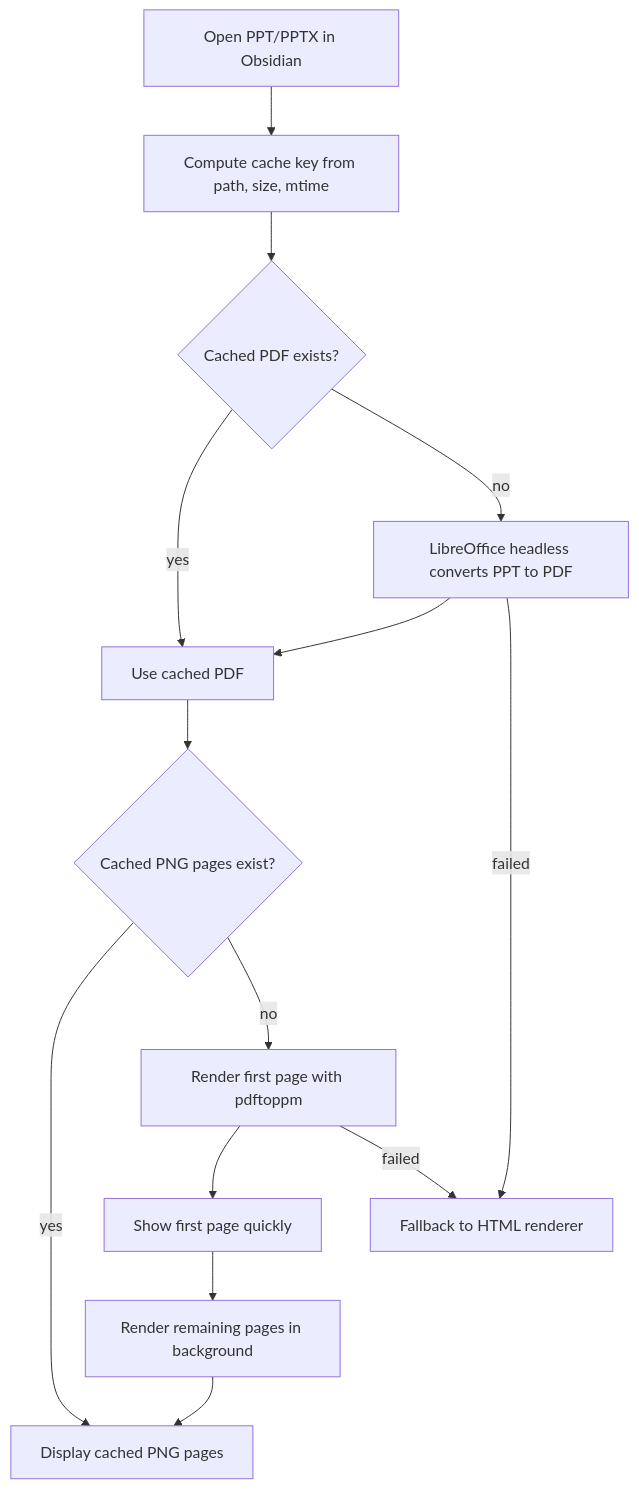
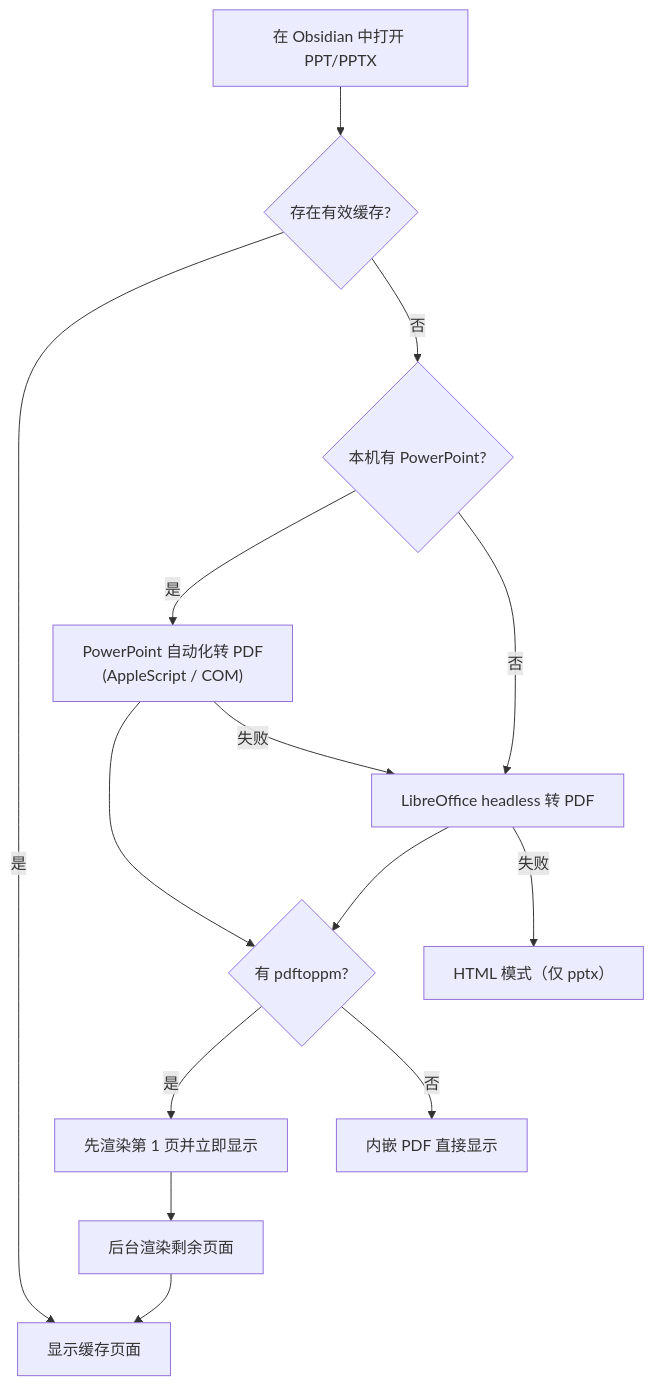
One commit to pherehouse/ppt-viewer changed the diagram in README_ZH.md. Above: the diagram before and after it, drawn with Mermaid. The commit also changed other lines of this file and 1 other file, not shown here.

Commit message:
docs: rewrite README for native PowerPoint rendering architecture (v1.8.2)

````diff
--- a/README_ZH.md
+++ b/README_ZH.md
@@ -161,16 +115,16 @@
 ```mermaid
 flowchart TD
-  A["Open PPT/PPTX in Obsidian"] --> B["Compute cache key from path, size, mtime"]
-  B --> C{"Cached PDF exists?"}
-  C -- yes --> E["Use cached PDF"]
-  C -- no --> D["LibreOffice headless converts PPT to PDF"]
-  D --> E
-  E --> F{"Cached PNG pages exist?"}
-  F -- yes --> H["Display cached PNG pages"]
-  F -- no --> G["Render first page with pdftoppm"]
-  G --> I["Show first page quickly"]
-  I --> J["Render remaining pages in background"]
-  J --> H
-  D -- failed --> K["Fallback to HTML renderer"]
-  G -- failed --> K
+  A["在 Obsidian 中打开 PPT/PPTX"] --> B{"存在有效缓存?"}
+  B -- 是 --> R["显示缓存页面"]
+  B -- 否 --> C{"本机有 PowerPoint?"}
+  C -- 是 --> D["PowerPoint 自动化转 PDF<br/>(AppleScript / COM)"]
+  C -- 否 --> E["LibreOffice headless 转 PDF"]
+  D --> F
+  E --> F{"有 pdftoppm?"}
+  F -- 是 --> G["先渲染第 1 页并立即显示"]
+  G --> H["后台渲染剩余页面"]
+  F -- 否 --> I["内嵌 PDF 直接显示"]
+  H --> R
+  D -- 失败 --> E
+  E -- 失败 --> J["HTML 模式（仅 pptx）"]
 ```
````
